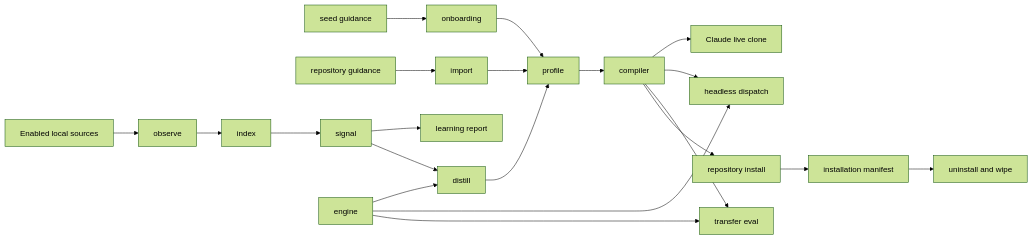
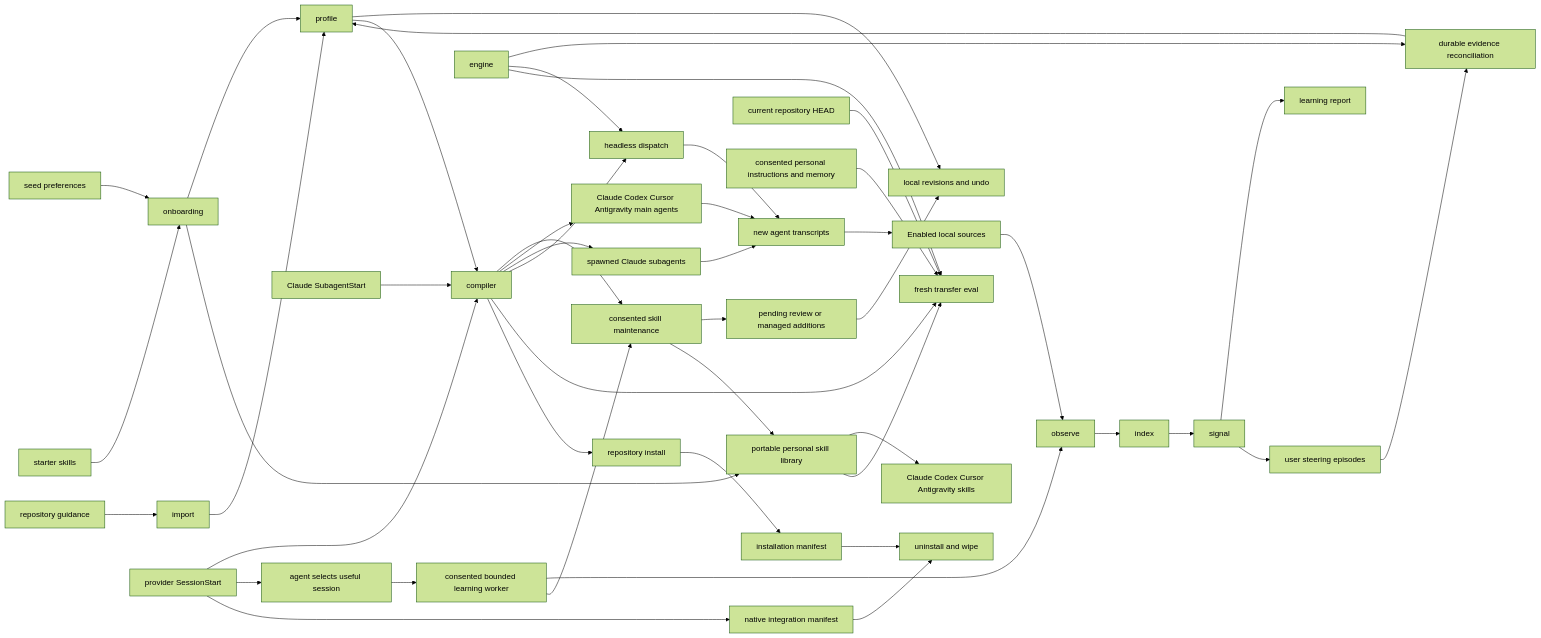
The diagram in docs/architecture/README.md (theonly1me/shadowclone), drawn with Mermaid (forest theme) before and after one commit. The commit also changed other lines of this file and 272 other files, not shown here.

````diff
--- a/docs/architecture/README.md
+++ b/docs/architecture/README.md
@@ -25,23 +27,48 @@
 ```mermaid
 flowchart LR
-    Guidance[seed guidance] --> Onboarding[onboarding]
+    Preferences[seed preferences] --> Onboarding[onboarding]
+    StarterSkills[starter skills] --> Onboarding
     Onboarding --> Profile[profile]
+    Onboarding --> PortableSkills[portable personal skill library]
+    PortableSkills --> ProviderSkills[Claude Codex Cursor Antigravity skills]
     RepositoryGuidance[repository guidance] --> Import[import]
     Import --> Profile
     Sources[Enabled local sources] --> Observe[observe]
     Observe --> Index[index]
     Index --> Signal[signal]
     Signal --> Report[learning report]
-    Signal --> Distill[distill]
+    Signal --> Episodes[user steering episodes]
+    Episodes --> Distill[durable evidence reconciliation]
+    Native[provider SessionStart] --> Compiler
+    SubagentStart[Claude SubagentStart] --> Compiler
+    Native --> SessionRequest[agent selects useful session]
+    SessionRequest --> Worker[consented bounded learning worker]
+    Worker --> Observe
+    Worker --> SkillMaintenance[consented skill maintenance]
+    Compiler --> SkillMaintenance
+    SkillMaintenance --> SkillReview[pending review or managed additions]
+    SkillMaintenance --> PortableSkills
+    SkillReview --> History
     Engine[engine] --> Distill
     Distill --> Profile
+    Profile --> History[local revisions and undo]
     Profile --> Compiler[compiler]
-    Compiler --> Live[Claude live clone]
+    Compiler --> MainAgents[Claude Codex Cursor Antigravity main agents]
+    Compiler --> ClaudeSubagents[spawned Claude subagents]
+    MainAgents --> NewTranscripts[new agent transcripts]
+    ClaudeSubagents --> NewTranscripts
+    Dispatch --> NewTranscripts
+    NewTranscripts --> Sources
+    Native --> NativeState[native integration manifest]
+    NativeState --> Uninstall
     Compiler --> Dispatch[headless dispatch]
-    Compiler --> Eval[transfer eval]
+    CurrentHead[current repository HEAD] --> Eval[fresh transfer eval]
+    Compiler --> Eval
+    PortableSkills --> Eval
+    AgentContext[consented personal instructions and memory] --> Eval
     Compiler --> Install[repository install]
     Install --> Installations[installation manifest]
     Installations --> Uninstall[uninstall and wipe]
     Engine --> Dispatch
     Engine --> Eval
 ```
````
